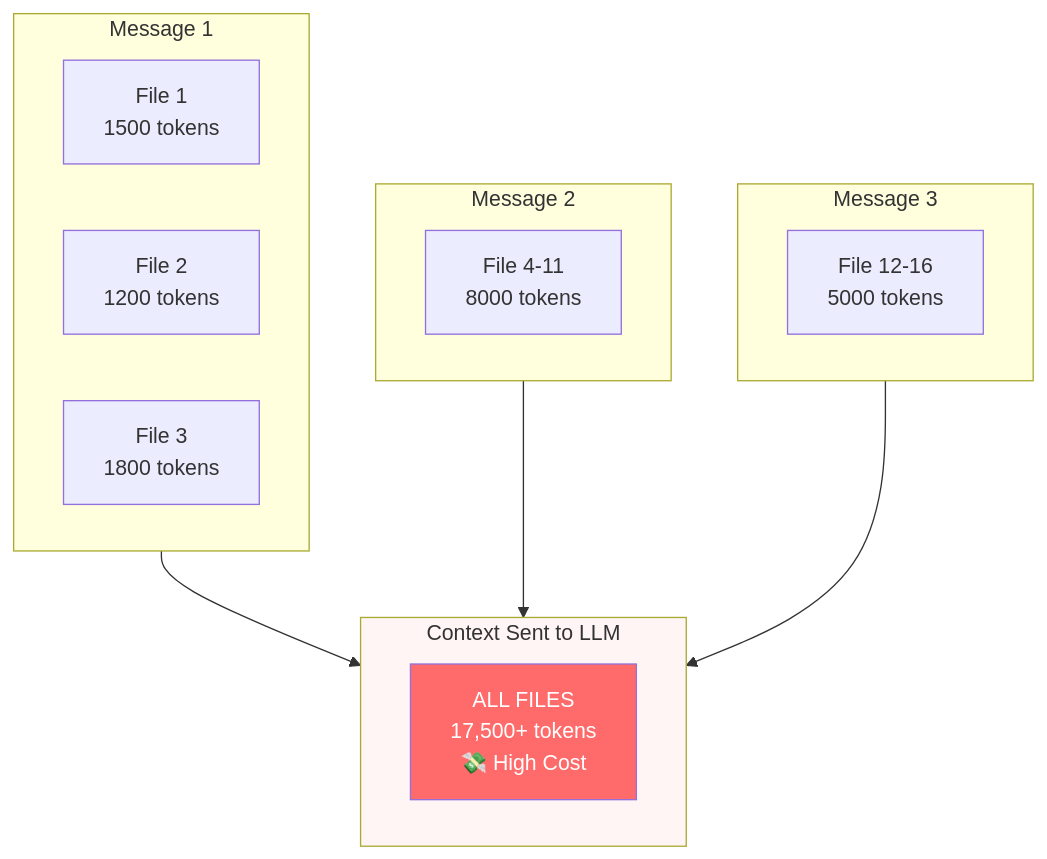
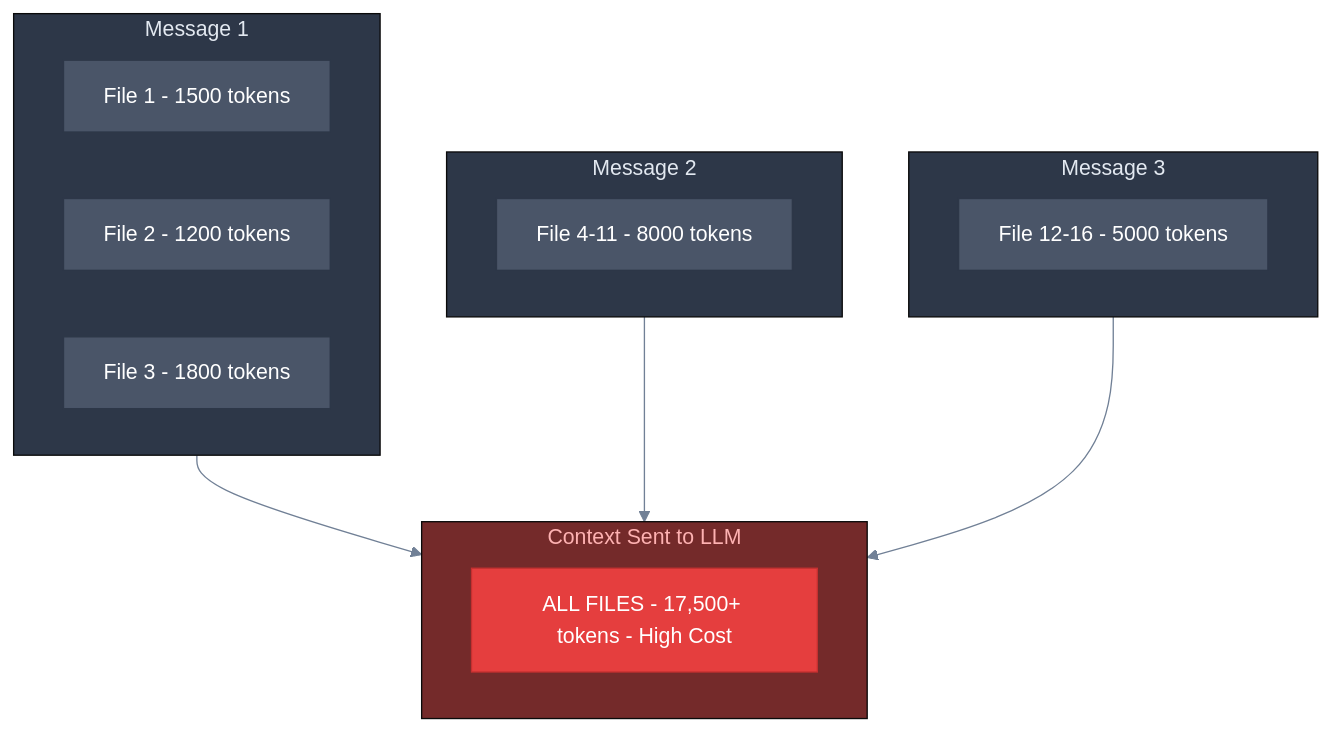
Before and after one commit to manumishra-zm/execution_plan: the second of 22 diagrams in chat_context/chat_context.md, drawn with Mermaid. The commit also changed other lines of this file, not shown here.

````diff
--- a/chat_context/chat_context.md
+++ b/chat_context/chat_context.md
@@ -56,27 +57,31 @@
 ```mermaid
+%%{init: {'theme': 'base', 'themeVariables': { 'primaryColor': '#4a5568', 'primaryTextColor': '#fff', 'primaryBorderColor': '#2d3748', 'lineColor': '#718096', 'secondaryColor': '#2d3748', 'tertiaryColor': '#1a202c'}}}%%
 graph TD
     subgraph msg1["Message 1"]
-        F1[File 1<br/>1500 tokens]
-        F2[File 2<br/>1200 tokens]
-        F3[File 3<br/>1800 tokens]
+        F1["File 1 - 1500 tokens"]
+        F2["File 2 - 1200 tokens"]
+        F3["File 3 - 1800 tokens"]
     end
 
     subgraph msg2["Message 2"]
-        F4[File 4-11<br/>8000 tokens]
+        F4["File 4-11 - 8000 tokens"]
     end
 
     subgraph msg3["Message 3"]
-        F5[File 12-16<br/>5000 tokens]
+        F5["File 12-16 - 5000 tokens"]
     end
 
     subgraph context["Context Sent to LLM"]
-        ALL["ALL FILES<br/>17,500+ tokens<br/>💸 High Cost"]
+        ALL["ALL FILES - 17,500+ tokens - High Cost"]
     end
 
     msg1 --> context
     msg2 --> context
     msg3 --> context
 
-    style ALL fill:#ff6b6b,color:#fff
-    style context fill:#fff5f5
+    style ALL fill:#e53e3e,color:#fff,stroke:#c53030
+    style context fill:#742a2a,color:#feb2b2
+    style msg1 fill:#2d3748,color:#e2e8f0
+    style msg2 fill:#2d3748,color:#e2e8f0
+    style msg3 fill:#2d3748,color:#e2e8f0
 ```
````
